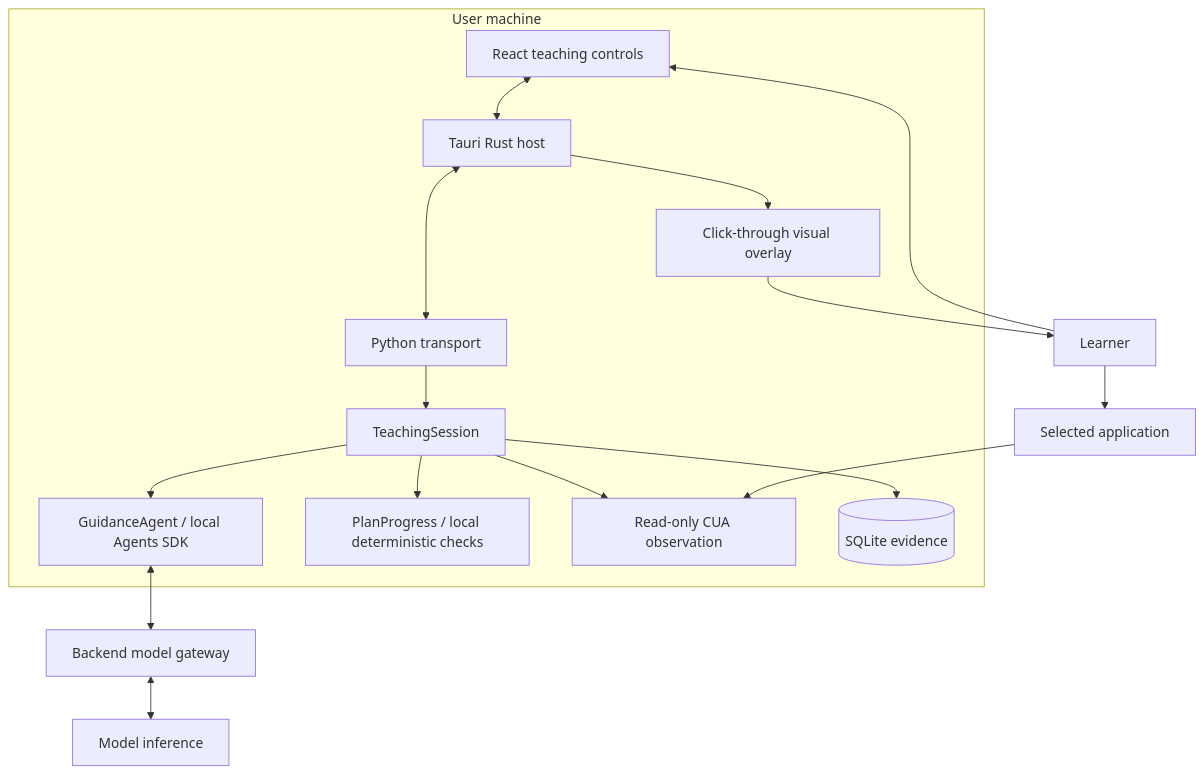
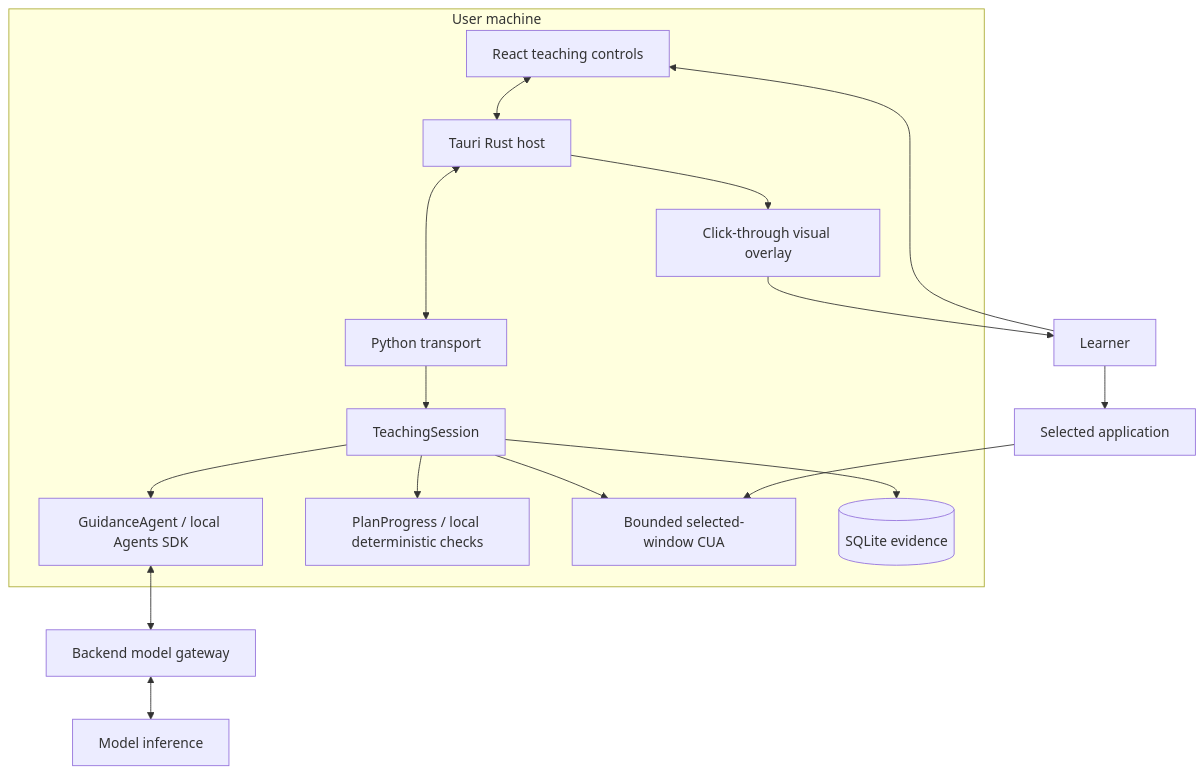
One commit to ducnguyen67201/TroCode-rebuild changed the diagram in docs/architecture/README.md. Above: the diagram before and after it, drawn with Mermaid. The commit also changed other lines of this file and 99 other files, not shown here.

````diff
--- a/docs/architecture/README.md
+++ b/docs/architecture/README.md
@@ -18,28 +19,28 @@
 ```mermaid
 flowchart TB
   subgraph Device[User machine]
     UI[React teaching controls]
     Host[Tauri Rust host]
     Worker[Python transport]
     Session[TeachingSession]
     Planner[GuidanceAgent / local Agents SDK]
     Progress[PlanProgress / local deterministic checks]
-    CUA[Read-only CUA observation]
+    CUA[Bounded selected-window CUA]
     DB[(SQLite evidence)]
     Overlay[Click-through visual overlay]
     UI <--> Host
     Host <--> Worker
     Worker --> Session
     Session --> Planner
     Session --> Progress
     Session --> CUA
     Session --> DB
     Host --> Overlay
   end
   Planner <--> Gateway[Backend model gateway]
   Gateway <--> Provider[Model inference]
   Learner[Learner] --> UI
   Overlay --> Learner
   Learner --> App[Selected application]
   App --> CUA
 ```
````
